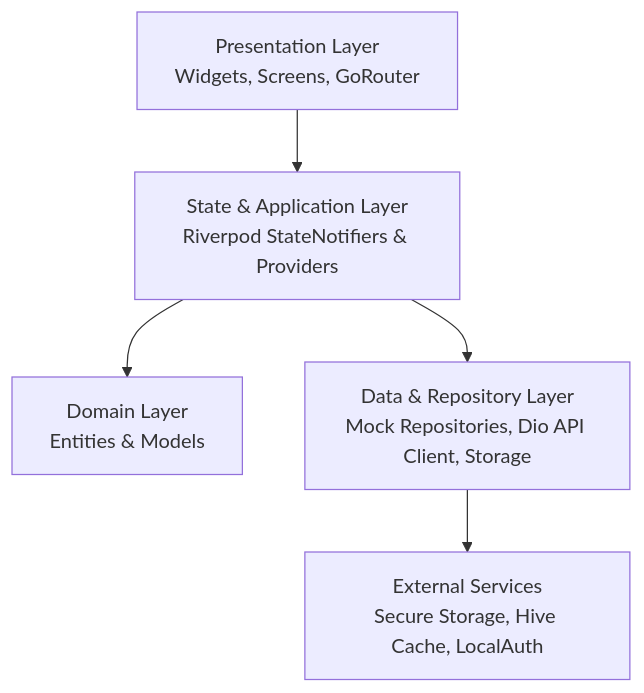
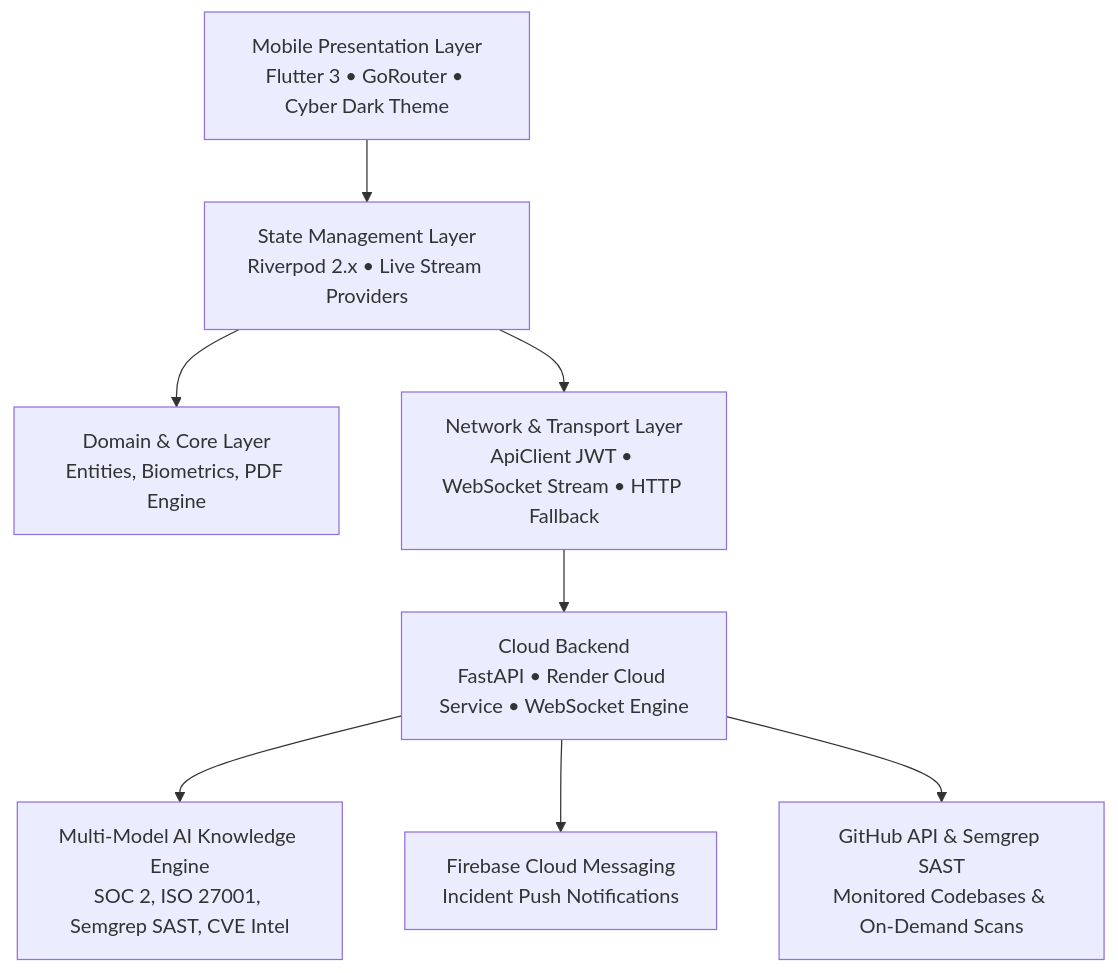
One commit to NATTOMR/secureguard-mobile changed the diagram in README.md. Above: the diagram before and after it, drawn with Mermaid. The commit also changed other lines of this file, not shown here.

Commit message:
docs: rewrite README.md with comprehensive SecurePulse architecture, features, and endpoints

````diff
--- a/README.md
+++ b/README.md
@@ -11,7 +15,10 @@
 ```mermaid
 graph TD
-    A[Presentation Layer<br/>Widgets, Screens, GoRouter] --> B[State & Application Layer<br/>Riverpod StateNotifiers & Providers]
-    B --> C[Domain Layer<br/>Entities & Models]
-    B --> D[Data & Repository Layer<br/>Mock Repositories, Dio API Client, Storage]
-    D --> E[External Services<br/>Secure Storage, Hive Cache, LocalAuth]
+    UI[Mobile Presentation Layer<br/>Flutter 3 • GoRouter • Cyber Dark Theme] --> State[State Management Layer<br/>Riverpod 2.x • Live Stream Providers]
+    State --> Domain[Domain & Core Layer<br/>Entities, Biometrics, PDF Engine]
+    State --> Net[Network & Transport Layer<br/>ApiClient JWT • WebSocket Stream • HTTP Fallback]
+    Net --> Cloud[Cloud Backend<br/>FastAPI • Render Cloud Service • WebSocket Engine]
+    Cloud --> AI[Multi-Model AI Knowledge Engine<br/>SOC 2, ISO 27001, Semgrep SAST, CVE Intel]
+    Cloud --> Push[Firebase Cloud Messaging<br/>Incident Push Notifications]
+    Cloud --> Git[GitHub API & Semgrep SAST<br/>Monitored Codebases & On-Demand Scans]
 ```
````
